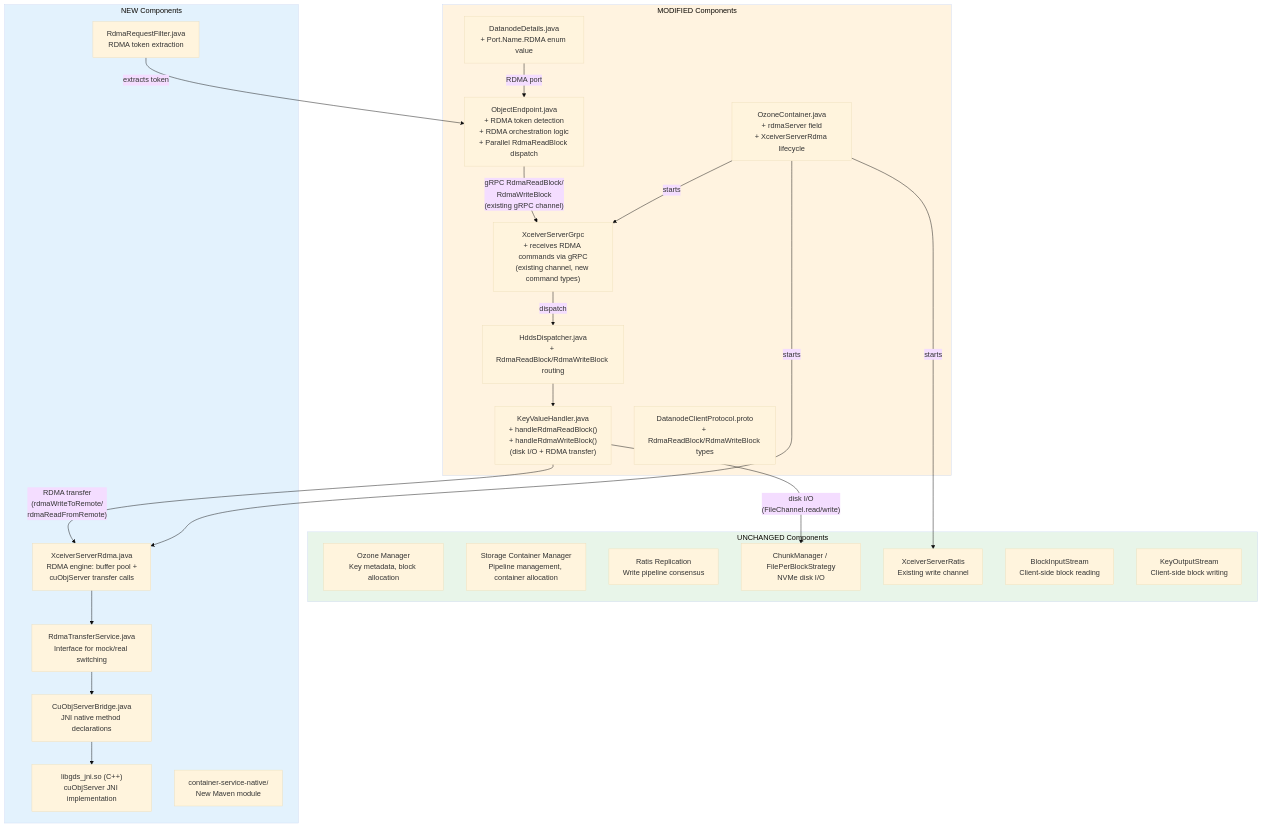
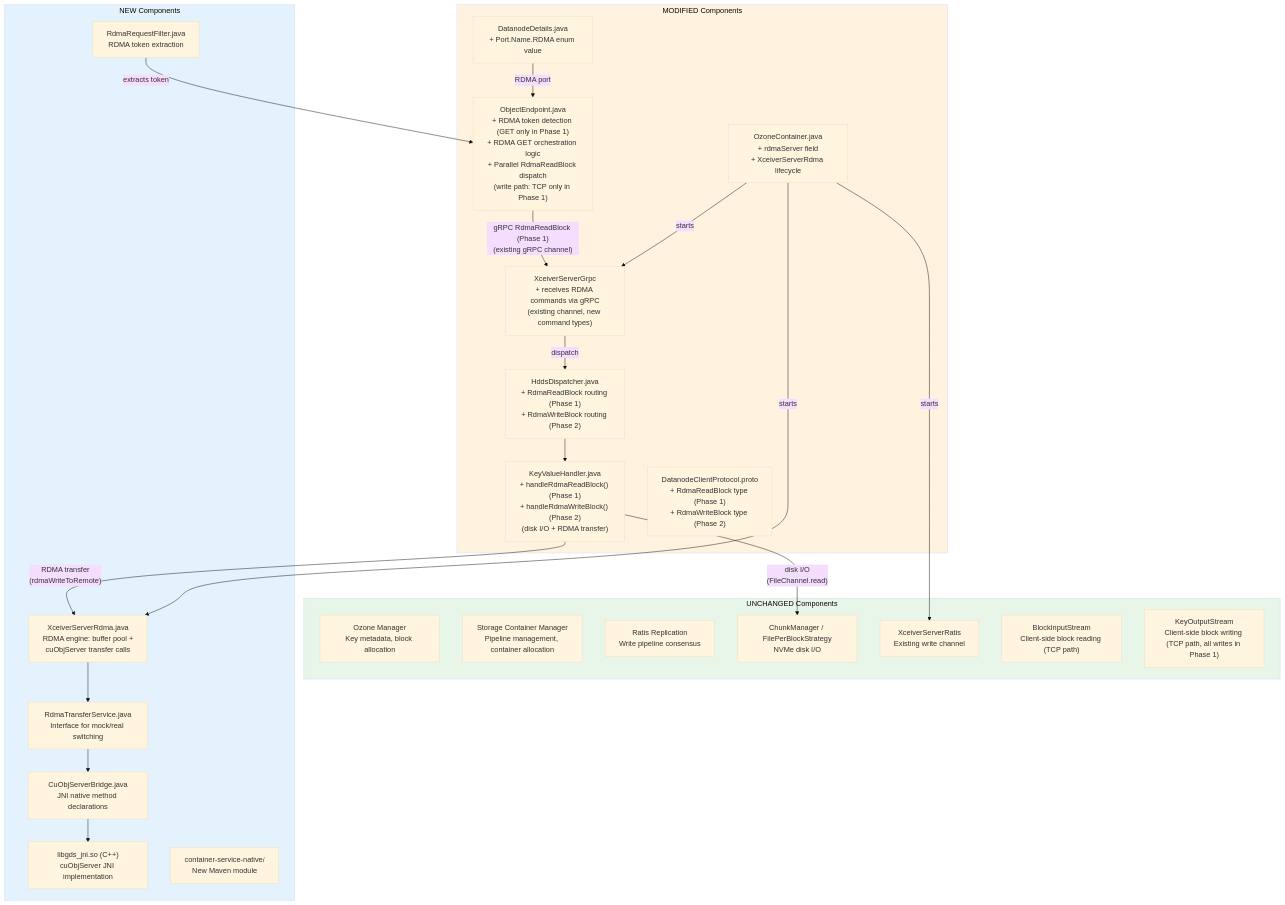
The sixth of 17 diagrams in docs/gds-dn-direct-rdma-implementation-spec.md (ptlrs/ozone), drawn with Mermaid (base theme) before and after one commit. The commit also changed other lines of this file, not shown here.

Commit message:
GPUDIRECT. Update GPUDirect Storage spec to version 3.0 with phased S3 GET RDMA integration details

````diff
--- a/docs/gds-dn-direct-rdma-implementation-spec.md
+++ b/docs/gds-dn-direct-rdma-implementation-spec.md
@@ -368,46 +404,46 @@
 ```mermaid
 flowchart TB
   subgraph Unchanged["UNCHANGED Components"]
-    style Unchanged fill: #e8f5e9
+    style Unchanged fill:#e8f5e9
     OM["Ozone Manager<br/>Key metadata, block allocation"]
     SCM["Storage Container Manager<br/>Pipeline management, container allocation"]
     Ratis["Ratis Replication<br/>Write pipeline consensus"]
     CM["ChunkManager / FilePerBlockStrategy<br/>NVMe disk I/O"]
     RatisXceiver["XceiverServerRatis<br/>Existing write channel"]
-    BlockInputStream["BlockInputStream<br/>Client-side block reading"]
-    KeyOutputStream["KeyOutputStream<br/>Client-side block writing"]
+    BlockInputStream["BlockInputStream<br/>Client-side block reading (TCP path)"]
+    KeyOutputStream["KeyOutputStream<br/>Client-side block writing (TCP path, all writes in Phase 1)"]
   end
 
   subgraph Modified["MODIFIED Components"]
-    style Modified fill: #fff3e0
-    ObjectEndpoint["ObjectEndpoint.java<br/>+ RDMA token detection<br/>+ RDMA orchestration logic<br/>+ Parallel RdmaReadBlock dispatch"]
+    style Modified fill:#fff3e0
+    ObjectEndpoint["ObjectEndpoint.java<br/>+ RDMA token detection (GET only in Phase 1)<br/>+ RDMA GET orchestration logic<br/>+ Parallel RdmaReadBlock dispatch<br/>(write path: TCP only in Phase 1)"]
     OzoneContainer["OzoneContainer.java<br/>+ rdmaServer field<br/>+ XceiverServerRdma lifecycle"]
-    HddsDispatcher["HddsDispatcher.java<br/>+ RdmaReadBlock/RdmaWriteBlock routing"]
-    KVHandler["KeyValueHandler.java<br/>+ handleRdmaReadBlock()<br/>+ handleRdmaWriteBlock()<br/>(disk I/O + RDMA transfer)"]
+    HddsDispatcher["HddsDispatcher.java<br/>+ RdmaReadBlock routing (Phase 1)<br/>+ RdmaWriteBlock routing (Phase 2)"]
+    KVHandler["KeyValueHandler.java<br/>+ handleRdmaReadBlock() (Phase 1)<br/>+ handleRdmaWriteBlock() (Phase 2)<br/>(disk I/O + RDMA transfer)"]
     GrpcXceiver["XceiverServerGrpc<br/>+ receives RDMA commands via gRPC<br/>(existing channel, new command types)"]
     DatanodeDetails["DatanodeDetails.java<br/>+ Port.Name.RDMA enum value"]
-    Proto["DatanodeClientProtocol.proto<br/>+ RdmaReadBlock/RdmaWriteBlock types"]
+    Proto["DatanodeClientProtocol.proto<br/>+ RdmaReadBlock type (Phase 1)<br/>+ RdmaWriteBlock type (Phase 2)"]
   end
 
   subgraph New["NEW Components"]
-    style New fill: #e3f2fd
+    style New fill:#e3f2fd
     XceiverRdma["XceiverServerRdma.java<br/>RDMA engine: buffer pool +<br/>cuObjServer transfer calls"]
     RdmaService["RdmaTransferService.java<br/>Interface for mock/real switching"]
     JNIBridge["CuObjServerBridge.java<br/>JNI native method declarations"]
     NativeLib["libgds_jni.so (C++)<br/>cuObjServer JNI implementation"]
     RdmaFilter["RdmaRequestFilter.java<br/>RDMA token extraction"]
     NativeModule["container-service-native/<br/>New Maven module"]
   end
 
-  ObjectEndpoint -->|" gRPC RdmaReadBlock/<br/>RdmaWriteBlock<br/>(existing gRPC channel) "| GrpcXceiver
+  ObjectEndpoint -->|" gRPC RdmaReadBlock (Phase 1)<br/>(existing gRPC channel) "| GrpcXceiver
   GrpcXceiver -->|" dispatch "| HddsDispatcher
   HddsDispatcher --> KVHandler
-  KVHandler -->|" disk I/O<br/>(FileChannel.read/write) "| CM
-  KVHandler -->|" RDMA transfer<br/>(rdmaWriteToRemote/<br/>rdmaReadFromRemote) "| XceiverRdma
+  KVHandler -->|" disk I/O<br/>(FileChannel.read) "| CM
+  KVHandler -->|" RDMA transfer<br/>(rdmaWriteToRemote) "| XceiverRdma
   XceiverRdma --> RdmaService --> JNIBridge --> NativeLib
   OzoneContainer -->|" starts "| XceiverRdma
   OzoneContainer -->|" starts "| GrpcXceiver
   OzoneContainer -->|" starts "| RatisXceiver
   RdmaFilter -->|" extracts token "| ObjectEndpoint
   DatanodeDetails -->|" RDMA port "| ObjectEndpoint
 ```
````
